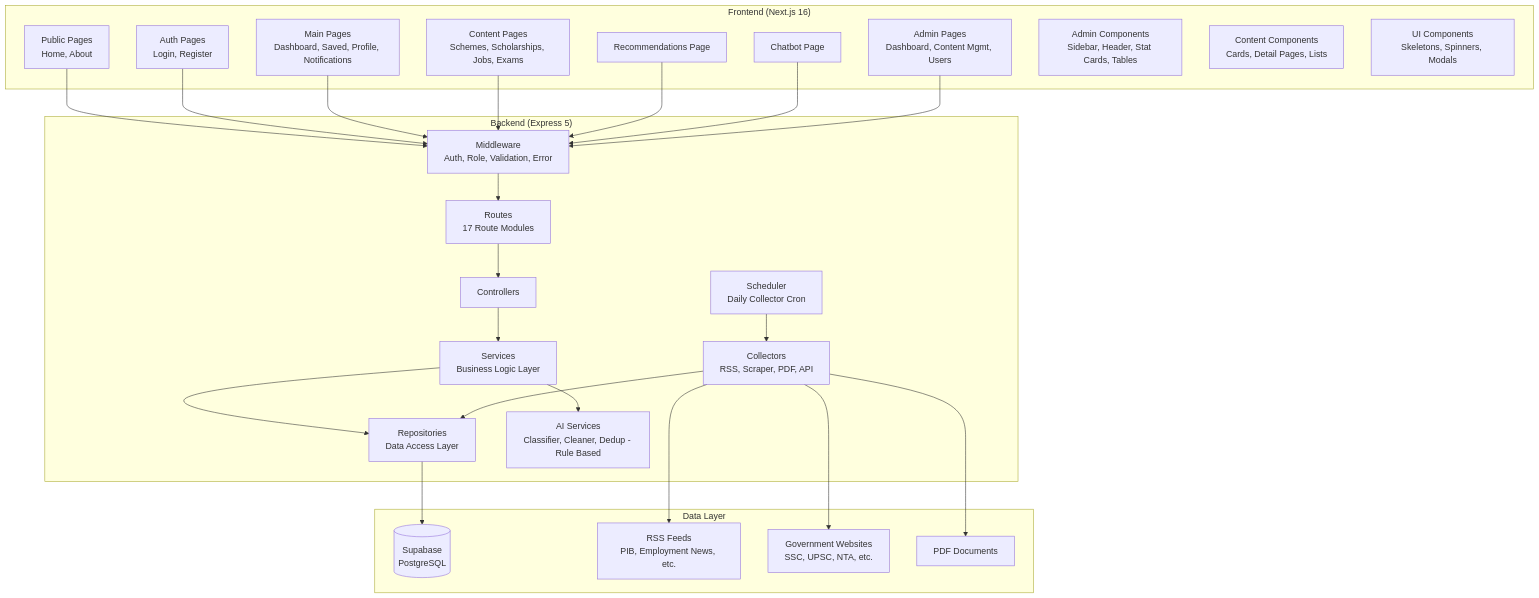
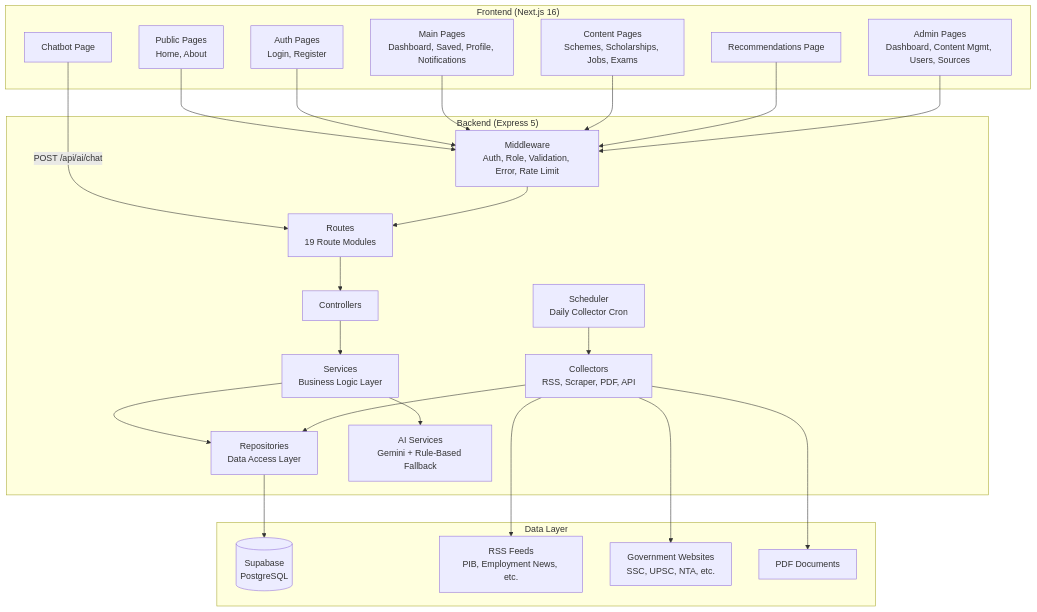
The first of 7 diagrams in DOCUMENTATION.md (ankitpandey006/BharatLens), drawn with Mermaid before and after one commit. The commit also changed other lines of this file and 108 other files, not shown here.

````diff
--- a/DOCUMENTATION.md
+++ b/DOCUMENTATION.md
@@ -71,52 +74,49 @@
 ```mermaid
 graph TB
     subgraph "Frontend (Next.js 16)"
         FP[Public Pages<br/>Home, About]
         AP[Auth Pages<br/>Login, Register]
         MP[Main Pages<br/>Dashboard, Saved, Profile, Notifications]
         CP[Content Pages<br/>Schemes, Scholarships, Jobs, Exams]
         RP[Recommendations Page]
         CH[Chatbot Page]
-        ADP[Admin Pages<br/>Dashboard, Content Mgmt, Users]
-        AC[Admin Components<br/>Sidebar, Header, Stat Cards, Tables]
-        CC[Content Components<br/>Cards, Detail Pages, Lists]
-        UC[UI Components<br/>Skeletons, Spinners, Modals]
+        ADP[Admin Pages<br/>Dashboard, Content Mgmt, Users, Sources]
     end
 
     subgraph "Backend (Express 5)"
-        MW[Middleware<br/>Auth, Role, Validation, Error]
-        R[Routes<br/>17 Route Modules]
+        MW[Middleware<br/>Auth, Role, Validation, Error, Rate Limit]
+        R[Routes<br/>19 Route Modules]
         C[Controllers]
         S[Services<br/>Business Logic Layer]
         REP[Repositories<br/>Data Access Layer]
-        AI[AI Services<br/>Classifier, Cleaner, Dedup - Rule Based]
+        AI[AI Services<br/>Gemini + Rule-Based Fallback]
         COL[Collectors<br/>RSS, Scraper, PDF, API]
         SCH[Scheduler<br/>Daily Collector Cron]
     end
 
     subgraph "Data Layer"
         SUP[(Supabase<br/>PostgreSQL)]
         RSS[RSS Feeds<br/>PIB, Employment News, etc.]
         WEB[Government Websites<br/>SSC, UPSC, NTA, etc.]
         PDF[PDF Documents]
     end
 
+    CH -->|POST /api/ai/chat| R
     FP --> MW
     AP --> MW
     MP --> MW
     CP --> MW
     RP --> MW
-    CH --> MW
     ADP --> MW
     MW --> R
     R --> C
     C --> S
     S --> REP
     S --> AI
     COL --> REP
     SCH --> COL
     COL --> RSS
     COL --> WEB
     COL --> PDF
     REP --> SUP
 ```
````
